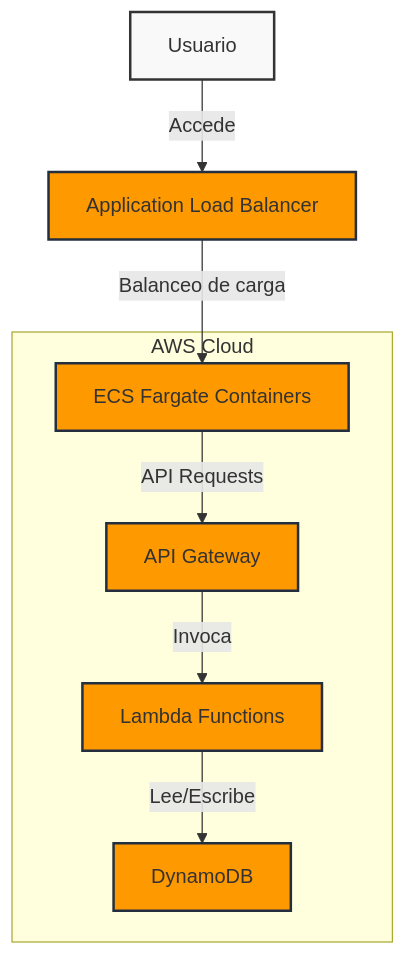
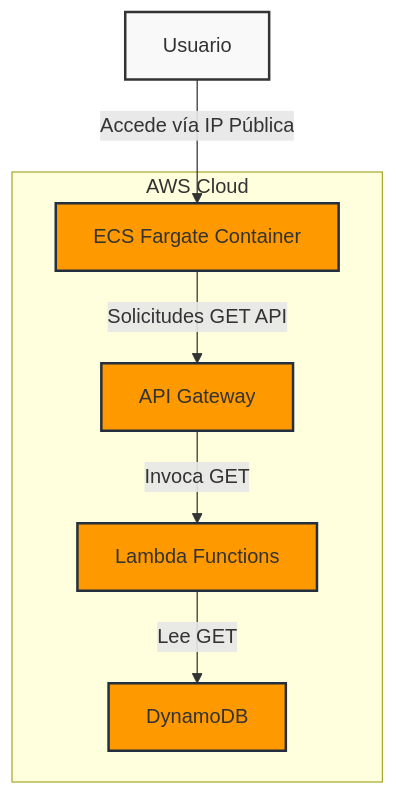
The first of 2 diagrams in frontend/README.md (SebastianBC09/spacex-launch-dashboard), drawn with Mermaid before and after one commit. The commit also changed other lines of this file, not shown here.

````diff
--- a/frontend/README.md
+++ b/frontend/README.md
@@ -223,17 +305,19 @@
 ```mermaid
 graph TD
-    A[Usuario] -->|Accede| B[Application Load Balancer]
-    B -->|Balanceo de carga| C[ECS Fargate Containers]
+    A[Usuario] -->|Accede vía IP Pública| B[ECS Fargate Container]
+    B -->|Solicitudes GET API| C[API Gateway]
+    C -->|Invoca GET| D[Lambda Functions]
+    D -->|Lee GET| E[DynamoDB]
     subgraph AWS Cloud
-        C -->|API Requests| D[API Gateway]
-        D -->|Invoca| E[Lambda Functions]
-        E -->|Lee/Escribe| F[DynamoDB]
+        B[ECS Fargate Container]
+        C[API Gateway]
+        D[Lambda Functions]
+        E[DynamoDB]
     end
 
     style A fill:#f9f9f9,stroke:#333,stroke-width:2px
     style B fill:#FF9900,stroke:#232F3E,stroke-width:2px
     style C fill:#FF9900,stroke:#232F3E,stroke-width:2px
     style D fill:#FF9900,stroke:#232F3E,stroke-width:2px
     style E fill:#FF9900,stroke:#232F3E,stroke-width:2px
-    style F fill:#FF9900,stroke:#232F3E,stroke-width:2px
 ```
````
